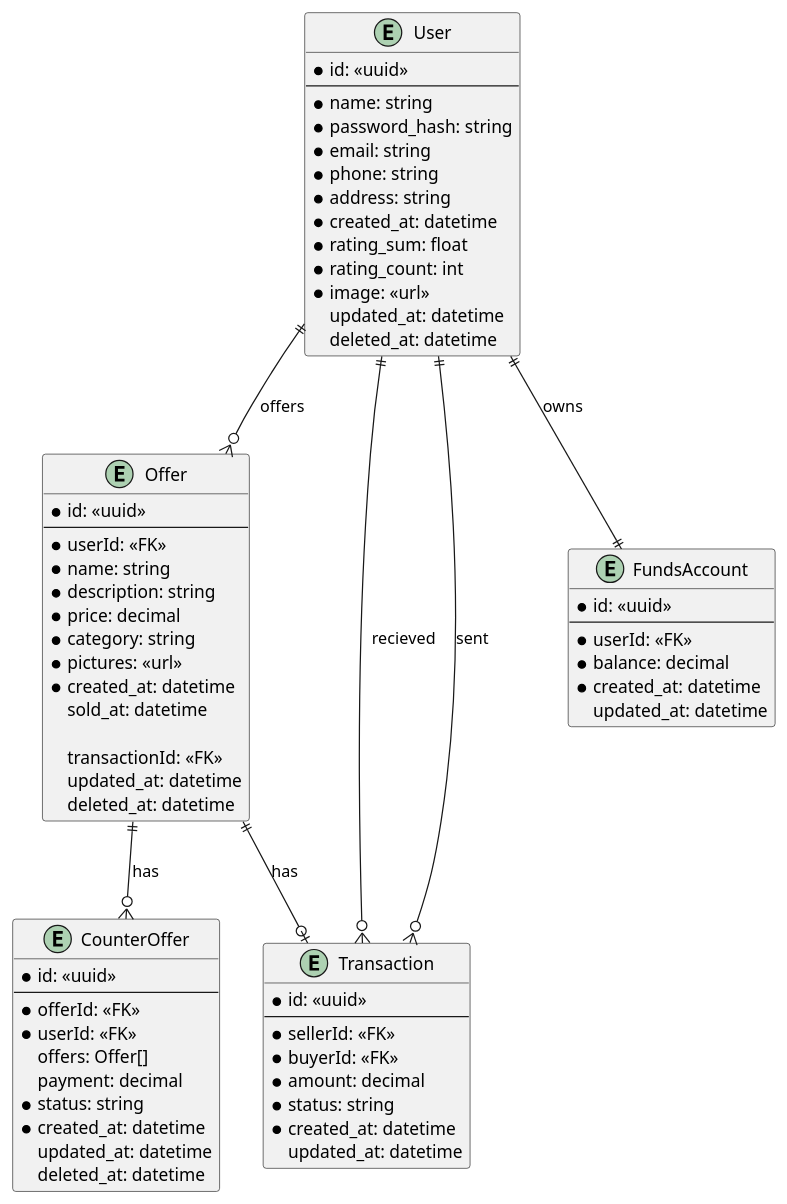
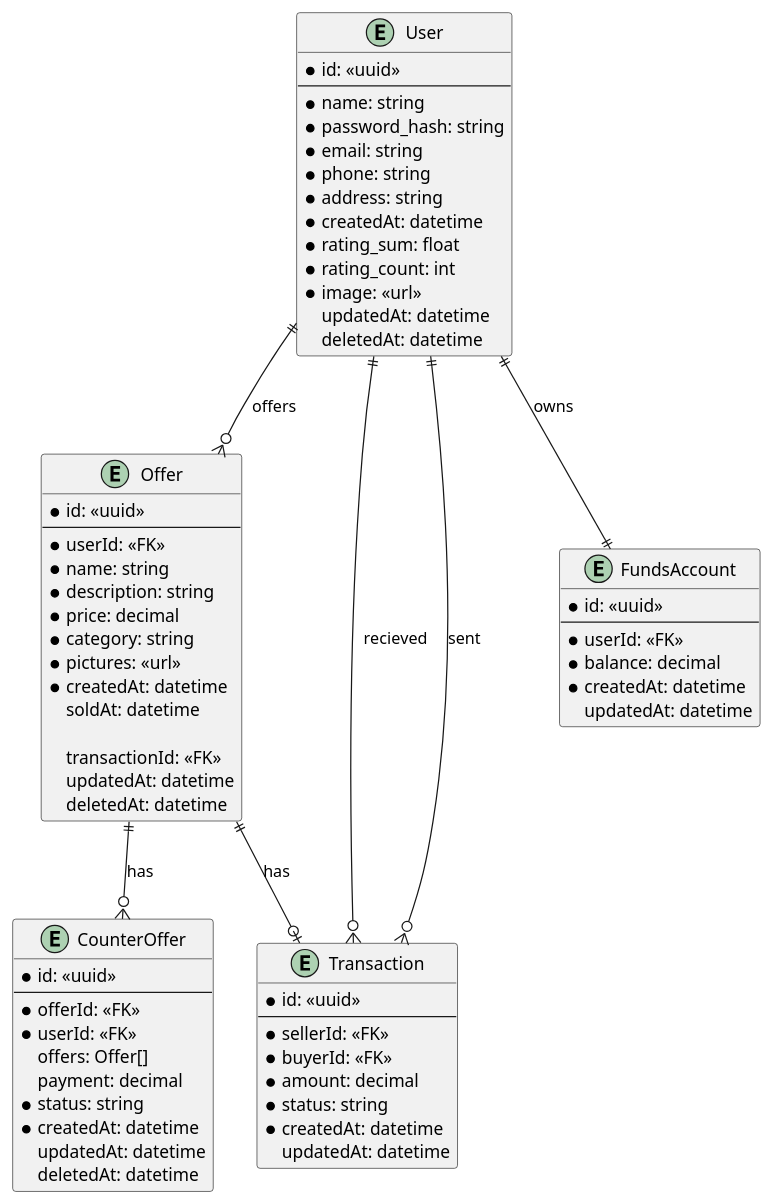
The diagram in erd.puml (Jarda236/p2p-marketplace), drawn with PlantUML before and after one commit. The commit also changed 1 other file, not shown here.

```diff
--- a/erd.puml
+++ b/erd.puml
@@ -1,78 +1,78 @@
 @startuml P2P Marketplace
 
 entity Offer {
     * id: <<uuid>>
     --
     * userId: <<FK>>
     * name: string
     * description: string
     * price: decimal
     * category: string
     * pictures: <<url>>
-    * created_at: datetime
-    sold_at: datetime
+    * createdAt: datetime
+    soldAt: datetime
 
     transactionId: <<FK>>
-    updated_at: datetime
-    deleted_at: datetime
+    updatedAt: datetime
+    deletedAt: datetime
 }
 
 entity User {
     * id: <<uuid>>
     --
     * name: string
     * password_hash: string
     * email: string
     * phone: string
     * address: string
-    * created_at: datetime
+    * createdAt: datetime
     *rating_sum: float
     *rating_count: int
     *image: <<url>>
 /'    freshest token + valid_until ?? '/
-    updated_at: datetime
-    deleted_at: datetime
+    updatedAt: datetime
+    deletedAt: datetime
 }
 
 entity Transaction {
     * id: <<uuid>>
     --
     * sellerId: <<FK>>
     * buyerId: <<FK>>
     * amount: decimal
     * status: string
-    * created_at: datetime
-    updated_at: datetime
+    * createdAt: datetime
+    updatedAt: datetime
 }
 
 entity FundsAccount {
     * id: <<uuid>>
     --
     * userId: <<FK>>
     * balance: decimal
 /'    * currency: string '/
-    * created_at: datetime
-    updated_at: datetime
+    * createdAt: datetime
+    updatedAt: datetime
 }
 
 entity CounterOffer {
     *id: <<uuid>>
     --
     *offerId: <<FK>>
     *userId: <<FK>>
     offers: Offer[]
     payment: decimal
     *status: string
-    *created_at: datetime
-    updated_at: datetime
-    deleted_at: datetime
+    *createdAt: datetime
+    updatedAt: datetime
+    deletedAt: datetime
 }
 
-User ||--o{ Offer : offers  
-User ||--o{ Transaction : recieved
-User ||--o{ Transaction : sent
+User  ||--o{ Offer : offers  
+User  ||--o{ Transaction : recieved
+User  ||--o{ Transaction : sent
 Offer ||--o| Transaction : has
-User ||--|| FundsAccount : owns
+User  ||--|| FundsAccount : owns
 Offer ||--o{ CounterOffer : has
 
 @enduml
```
